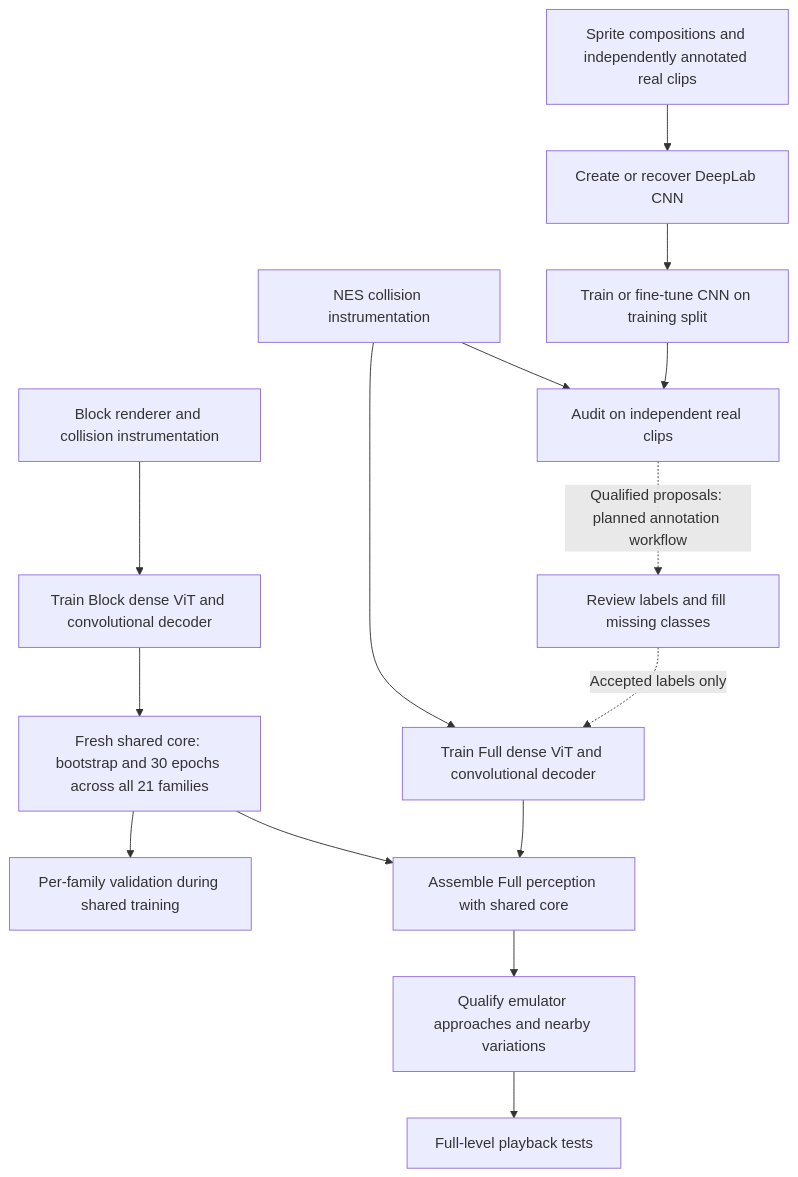
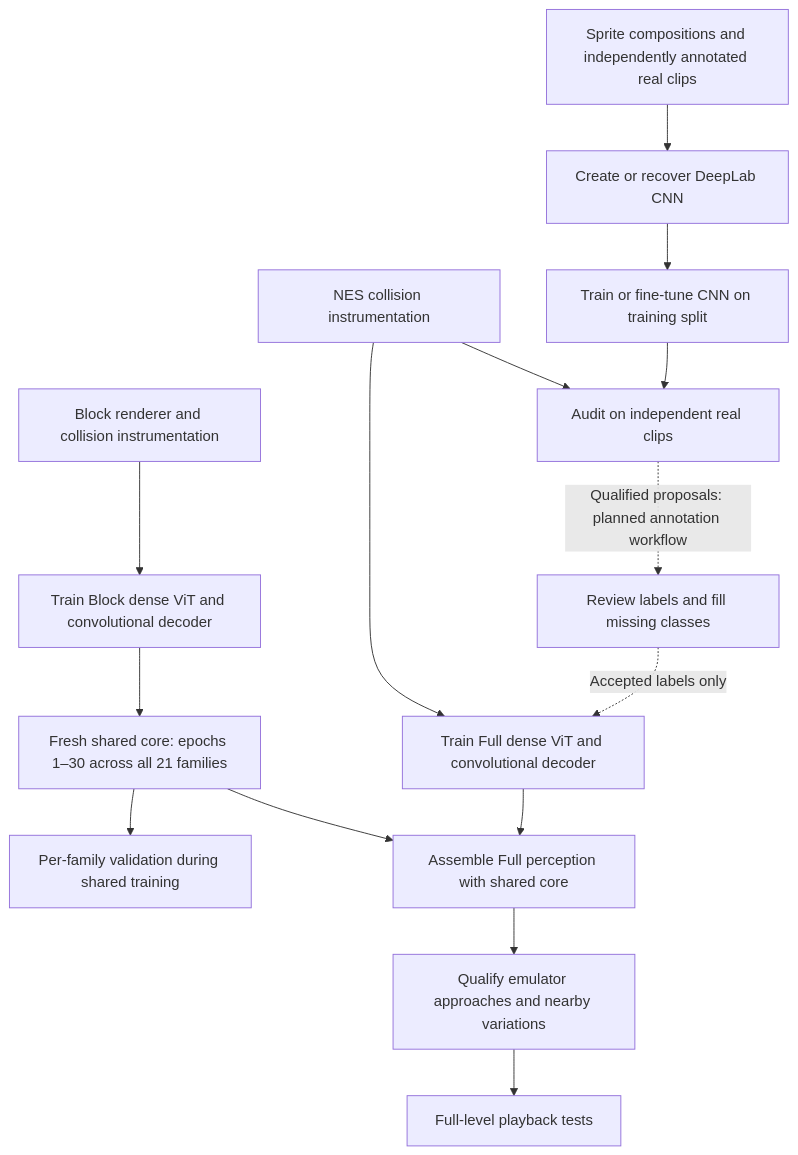
Before and after one commit to salsicha/RetroAGI: the first of 2 diagrams in docs/smb-segmentation-curriculum.md, drawn with Mermaid. The commit also changed 6 other files, not shown here.

Commit message:
Remove policy bootstrap and train within the 30 numbered epochs

````diff
--- a/docs/smb-segmentation-curriculum.md
+++ b/docs/smb-segmentation-curriculum.md
@@ -20,17 +20,17 @@
 ```mermaid
 flowchart TD
     Assets[Sprite compositions and independently annotated real clips] --> Create[Create or recover DeepLab CNN]
     Create --> Fit[Train or fine-tune CNN on training split]
     Fit --> Audit[Audit on independent real clips]
     NES[NES collision instrumentation] --> Audit
     Audit -. Qualified proposals: planned annotation workflow .-> Review[Review labels and fill missing classes]
     Review -. Accepted labels only .-> FV[Train Full dense ViT and convolutional decoder]
     NES --> FV
     Block[Block renderer and collision instrumentation] --> BV[Train Block dense ViT and convolutional decoder]
-    BV --> Core[Fresh shared core: bootstrap and 30 epochs across all 21 families]
+    BV --> Core[Fresh shared core: epochs 1–30 across all 21 families]
     Core --> Metrics[Per-family validation during shared training]
     FV --> Assemble[Assemble Full perception with shared core]
     Core --> Assemble
     Assemble --> Local[Qualify emulator approaches and nearby variations]
     Local --> Level[Full-level playback tests]
 ```
````
